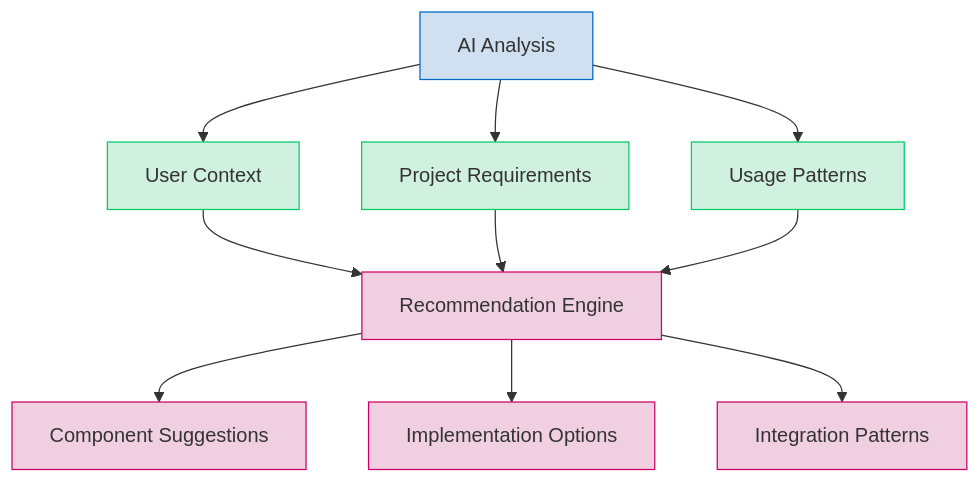
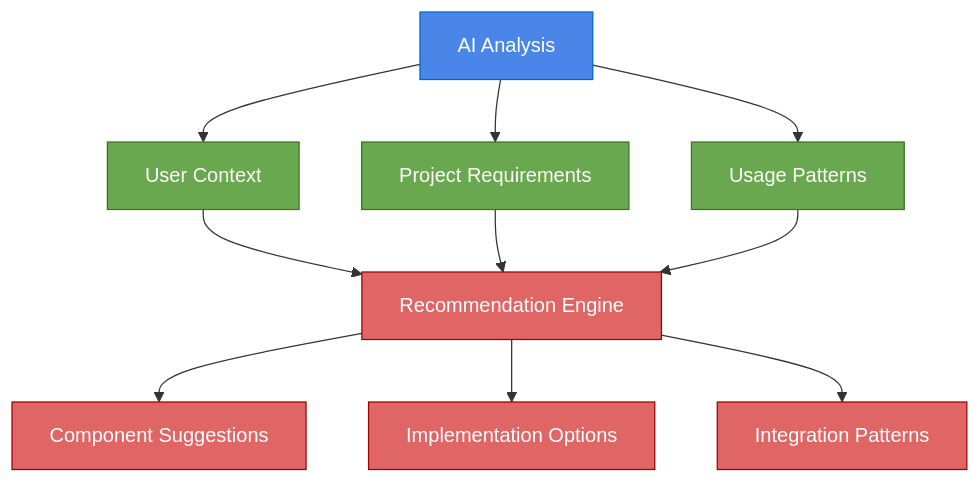
Before and after one commit to hungmanhdo/componentcraft_ai: diagram 18 of 27 in advance.md, drawn with Mermaid. The commit also changed other lines of this file and 1 other file, not shown here.

Commit message:
Update style of charts

````diff
--- a/advance.md
+++ b/advance.md
@@ -650,23 +650,23 @@
 ```mermaid
 graph TD
     A[AI Analysis] --> B[User Context]
     A --> C[Project Requirements]
     A --> D[Usage Patterns]
 
     B --> E[Recommendation Engine]
     C --> E
     D --> E
 
     E --> F[Component Suggestions]
     E --> G[Implementation Options]
     E --> H[Integration Patterns]
 
-    style A fill:#d0e0f0,stroke:#0066cc
-    style B fill:#d0f0e0,stroke:#00cc66
-    style C fill:#d0f0e0,stroke:#00cc66
-    style D fill:#d0f0e0,stroke:#00cc66
-    style E fill:#f0d0e0,stroke:#cc0066
-    style F fill:#f0d0e0,stroke:#cc0066
-    style G fill:#f0d0e0,stroke:#cc0066
-    style H fill:#f0d0e0,stroke:#cc0066
+    style A fill:#4a86e8,stroke:#0066cc,color:#ffffff
+    style B fill:#6aa84f,stroke:#38761d,color:#ffffff
+    style C fill:#6aa84f,stroke:#38761d,color:#ffffff
+    style D fill:#6aa84f,stroke:#38761d,color:#ffffff
+    style E fill:#e06666,stroke:#990000,color:#ffffff
+    style F fill:#e06666,stroke:#990000,color:#ffffff
+    style G fill:#e06666,stroke:#990000,color:#ffffff
+    style H fill:#e06666,stroke:#990000,color:#ffffff
 ```
````
